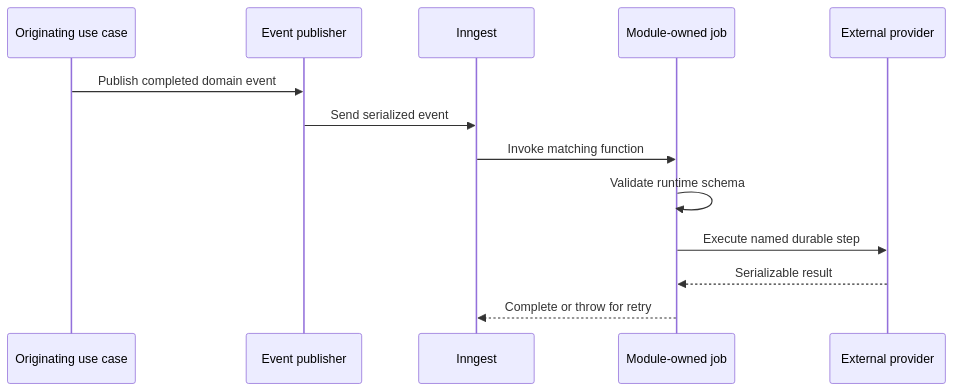
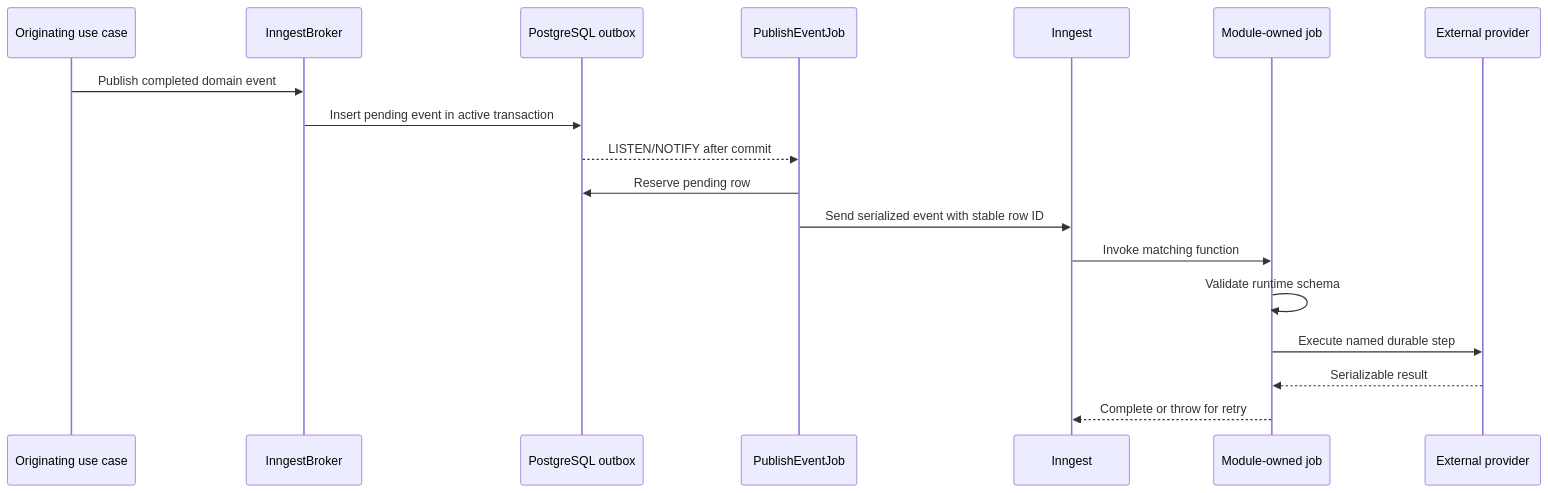
The fourth of 4 diagrams in documentation/architecture.md (rafinel/scoops), drawn with Mermaid before and after one commit. The commit also changed other lines of this file and 416 other files, not shown here.

````diff
--- a/documentation/architecture.md
+++ b/documentation/architecture.md
@@ -373,16 +396,21 @@
 ```mermaid
 sequenceDiagram
   participant Core as Originating use case
-  participant Broker as Event publisher
+  participant Broker as InngestBroker
+  participant DB as PostgreSQL outbox
+  participant Publisher as PublishEventJob
   participant Inngest as Inngest
   participant Job as Module-owned job
   participant Provider as External provider
 
   Core->>Broker: Publish completed domain event
-  Broker->>Inngest: Send serialized event
+  Broker->>DB: Insert pending event in active transaction
+  DB-->>Publisher: LISTEN/NOTIFY after commit
+  Publisher->>DB: Reserve pending row
+  Publisher->>Inngest: Send serialized event with stable row ID
   Inngest->>Job: Invoke matching function
   Job->>Job: Validate runtime schema
   Job->>Provider: Execute named durable step
   Provider-->>Job: Serializable result
   Job-->>Inngest: Complete or throw for retry
 ```
````
